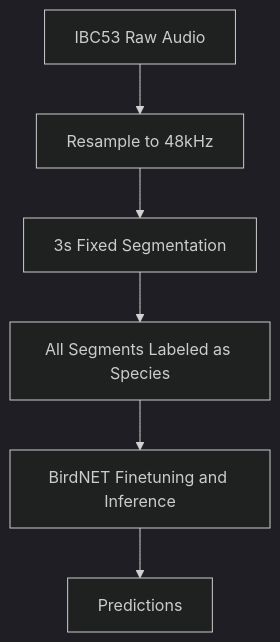
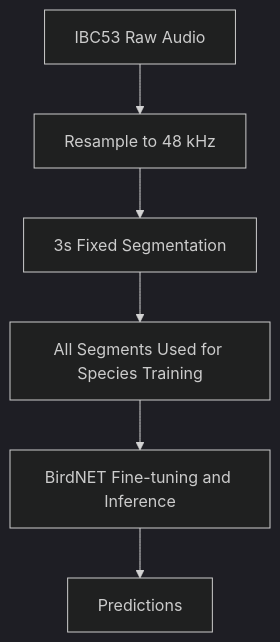
Before and after one commit to samarthkolur/Noise-Aware-Pipeline-for-Indian-Bird-Sound-Classification: the first of 2 diagrams in Readme.md, drawn with Mermaid (dark theme). The commit also changed other lines of this file, not shown here.

Commit message:
Fix Mermaid diagrams and update architecture wording

````diff
--- a/Readme.md
+++ b/Readme.md
@@ -93,8 +93,8 @@
 ```mermaid
 flowchart TD
-    A["IBC53 Raw Audio"] --> B["Resample to 48kHz"]
+    A["IBC53 Raw Audio"] --> B["Resample to 48 kHz"]
     B --> C["3s Fixed Segmentation"]
-    C --> D["All Segments Labeled as Species"]
-    D --> E["BirdNET Finetuning and Inference"]
+    C --> D["All Segments Used for Species Training"]
+    D --> E["BirdNET Fine-tuning and Inference"]
     E --> F["Predictions"]
 ```
````
